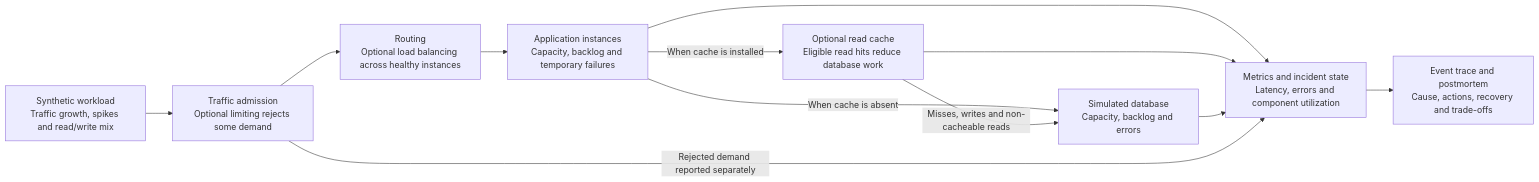
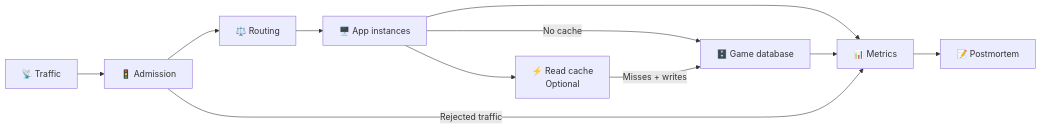
Before and after one commit to CS3216-Final-Project/99.9-Percent: the second of 2 diagrams in docs/SYSTEM_ARCHITECTURE.md, drawn with Mermaid. The commit also changed other lines of this file, not shown here.

Commit message:
docs(architecture): simplify diagrams with icons and concise labels

````diff
--- a/docs/SYSTEM_ARCHITECTURE.md
+++ b/docs/SYSTEM_ARCHITECTURE.md
@@ -85,23 +69,13 @@
 ```mermaid
 flowchart LR
-    workload["Synthetic workload<br/>Traffic growth, spikes and read/write mix"]
-    admission["Traffic admission<br/>Optional limiting rejects some demand"]
-    routing["Routing<br/>Optional load balancing across healthy instances"]
-    apps["Application instances<br/>Capacity, backlog and temporary failures"]
-    cache["Optional read cache<br/>Eligible read hits reduce database work"]
-    database["Simulated database<br/>Capacity, backlog and errors"]
-    metrics["Metrics and incident state<br/>Latency, errors and component utilization"]
-    trace["Event trace and postmortem<br/>Cause, actions, recovery and trade-offs"]
-
-    workload --> admission
-    admission --> routing
-    routing --> apps
-    apps -->|"When cache is installed"| cache
-    apps -->|"When cache is absent"| database
-    cache -->|"Misses, writes and non-cacheable reads"| database
-    apps --> metrics
-    cache --> metrics
+    traffic["📡 Traffic"] --> admission["🚦 Admission"]
+    admission --> routing["⚖️ Routing"]
+    routing --> apps["🖥️ App instances"]
+    apps --> cache["⚡ Read cache<br/>Optional"]
+    apps -->|"No cache"| database["🗄️ Game database"]
+    cache -->|"Misses + writes"| database
+    apps --> metrics["📊 Metrics"]
     database --> metrics
-    admission -->|"Rejected demand reported separately"| metrics
-    metrics --> trace
+    admission -->|"Rejected traffic"| metrics
+    metrics --> report["📝 Postmortem"]
 ```
````
